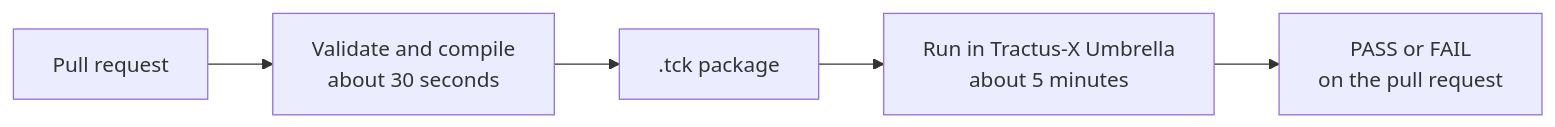
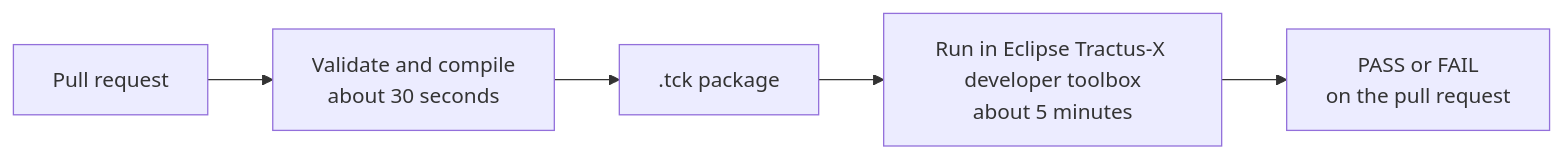
One commit to eclipse-tractusx/tutorial-resources changed the diagram in e2e-testing/docs/reference/workflow.md. Above: the diagram before and after it, drawn with Mermaid. The commit also changed other lines of this file and 15 other files, not shown here.

First line of the commit message:
feat(e2e-testing): call the in-runner dataspace the Eclipse Tractus-X developer toolbox

````diff
--- a/e2e-testing/docs/reference/workflow.md
+++ b/e2e-testing/docs/reference/workflow.md
@@ -43,7 +43,7 @@
 ```mermaid
 flowchart LR
     PR["Pull request"] --> V["Validate and compile<br/>about 30 seconds"]
     V --> P[".tck package"]
-    P --> E["Run in Tractus-X Umbrella<br/>about 5 minutes"]
+    P --> E["Run in Eclipse Tractus-X developer toolbox<br/>about 5 minutes"]
     E --> R["PASS or FAIL<br/>on the pull request"]
 ```
````
